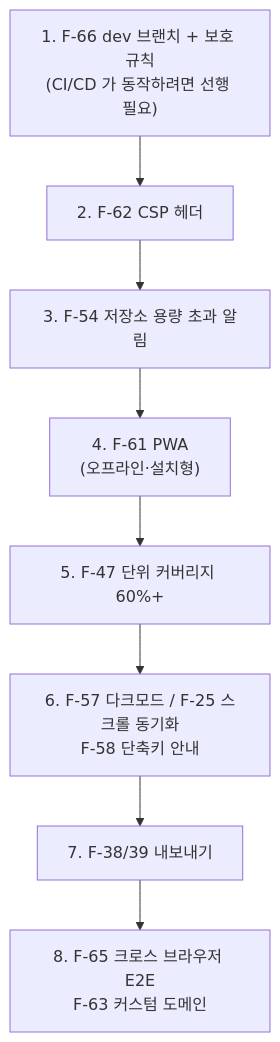
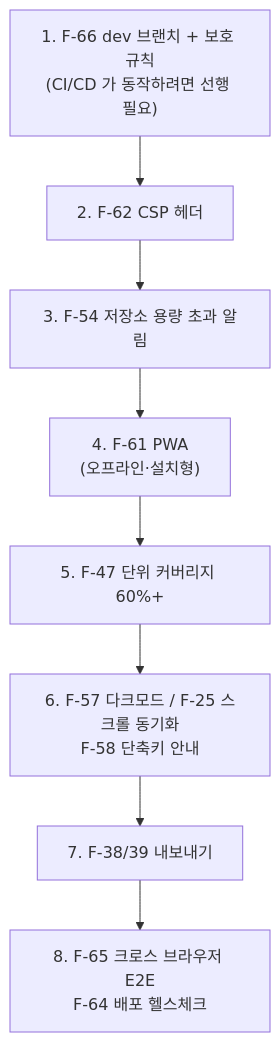
The diagram in docs/features/feature-status.md (devworld-ltd/markdownEditor), drawn with Mermaid before and after one commit. The commit also changed other lines of this file and 7 other files, not shown here.

First line of the commit message:
chore: prod 커스텀 도메인 md-editor.devworld.co.kr 연결

````diff
--- a/docs/features/feature-status.md
+++ b/docs/features/feature-status.md
@@ -145,10 +146,10 @@
 ```mermaid
 graph TD
   A["1. F-66 dev 브랜치 + 보호 규칙<br/>(CI/CD 가 동작하려면 선행 필요)"] --> B["2. F-62 CSP 헤더"]
   B --> C["3. F-54 저장소 용량 초과 알림"]
   C --> D["4. F-61 PWA<br/>(오프라인·설치형)"]
   D --> E["5. F-47 단위 커버리지 60%+"]
   E --> F["6. F-57 다크모드 / F-25 스크롤 동기화<br/>F-58 단축키 안내"]
   F --> G["7. F-38/39 내보내기"]
-  G --> H["8. F-65 크로스 브라우저 E2E<br/>F-63 커스텀 도메인"]
+  G --> H["8. F-65 크로스 브라우저 E2E<br/>F-64 배포 헬스체크"]
 ```
````
